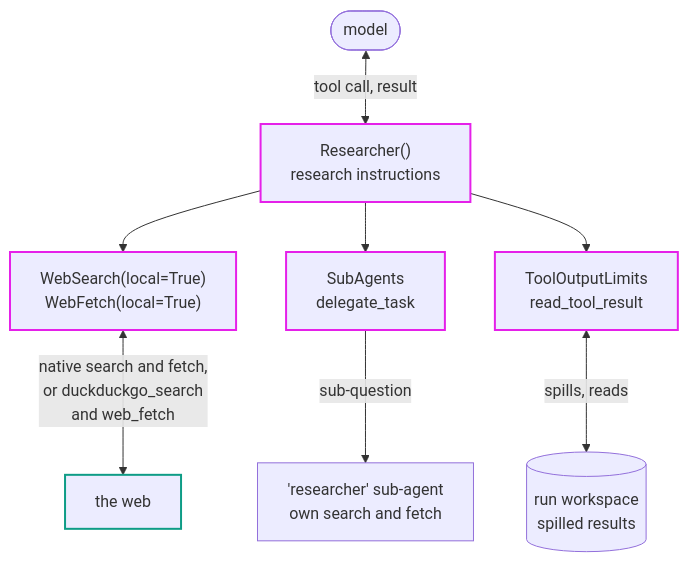
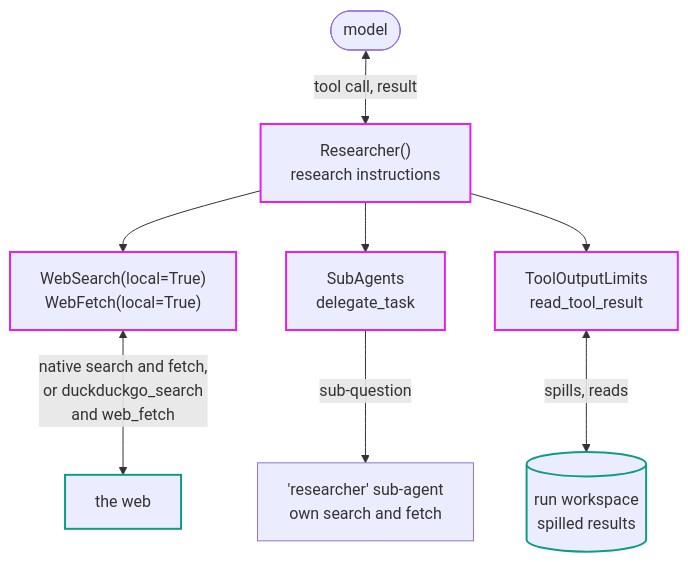
Before and after one commit to pydantic/pydantic-ai: the diagram in docs/harness/researcher.md, drawn with Mermaid. The commit also changed 135 other files, not shown here.

Commit message:
docs: describe each harness diagram as drawn

````diff
--- a/docs/harness/researcher.md
+++ b/docs/harness/researcher.md
@@ -13,22 +13,22 @@
 ```mermaid
 flowchart TB
     accTitle: Researcher: a ready-made web research stack
-    accDescr: Researcher combines research instructions with four capabilities. WebSearch and WebFetch use the model provider's native search and fetch, or duckduckgo_search and web_fetch where the model has none. SubAgents adds delegate_task, which hands a sub-question to a 'researcher' sub-agent with its own search, fetch and output limits. ToolOutputLimits spills oversized tool results to the run workspace, where read_tool_result reads them.
+    accDescr: Researcher adds research instructions and tools the model calls. Its WebSearch(local=True) and WebFetch(local=True) search and fetch the web natively, or by duckduckgo_search and web_fetch. SubAgents' delegate_task sends a sub-question to a 'researcher' sub-agent with its own search and fetch, and ToolOutputLimits spills results to the run workspace, read by read_tool_result.
     model(["model"])
     researcher["Researcher()<br/>research instructions"]:::capability
     web["WebSearch(local=True)<br/>WebFetch(local=True)"]:::capability
     sub["SubAgents<br/>delegate_task"]:::capability
     limits["ToolOutputLimits<br/>read_tool_result"]:::capability
     internet["the web"]:::external
     child["'researcher' sub-agent<br/>own search and fetch"]
-    workspace[("run workspace<br/>spilled results")]
+    workspace[("run workspace<br/>spilled results")]:::external
     model <-->|"tool call, result"| researcher
     researcher --> web
     researcher --> sub
     researcher --> limits
     web <-->|"native search and fetch,<br/>or duckduckgo_search<br/>and web_fetch"| internet
     sub -->|"sub-question"| child
     limits <-->|"spills, reads"| workspace
     classDef capability stroke:#E520E9,stroke-width:2px
     classDef external stroke:#0E9C86,stroke-width:2px
 ```
````
